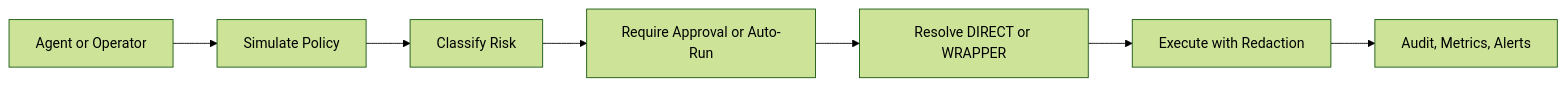
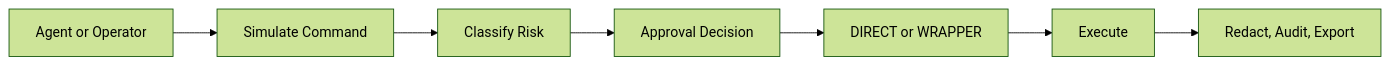
One commit to prajjwalkumar17/Niyam changed the diagram in README.md. Above: the diagram before and after it, drawn with Mermaid (forest theme). The commit also changed other lines of this file, not shown here.

````diff
--- a/README.md
+++ b/README.md
@@ -50,9 +57,9 @@
 ```mermaid
 flowchart LR
-    A["Agent or Operator"] --> B["Simulate Policy"]
+    A["Agent or Operator"] --> B["Simulate Command"]
     B --> C["Classify Risk"]
-    C --> D["Require Approval or Auto-Run"]
-    D --> E["Resolve DIRECT or WRAPPER"]
-    E --> F["Execute with Redaction"]
-    F --> G["Audit, Metrics, Alerts"]
+    C --> D["Approval Decision"]
+    D --> E["DIRECT or WRAPPER"]
+    E --> F["Execute"]
+    F --> G["Redact, Audit, Export"]
 ```
````
